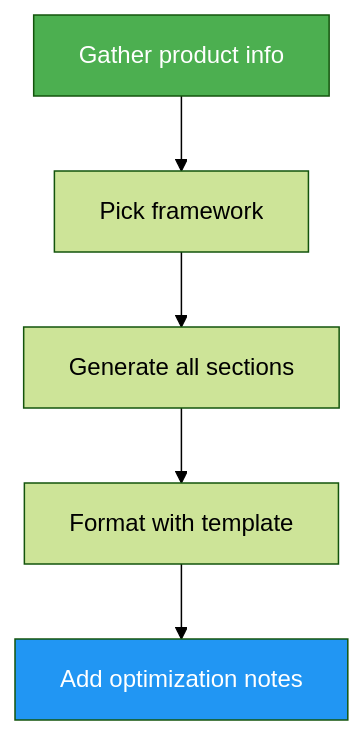
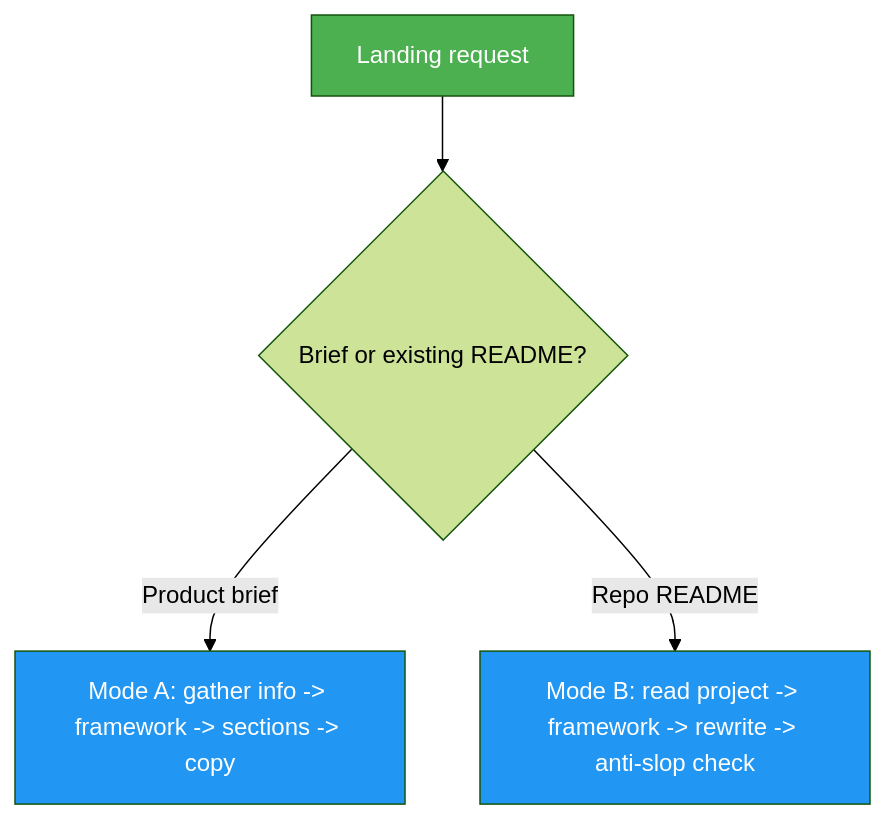
Before and after one commit to belinwu/luongnv89-skills: the diagram in skills/landing-page-generator/docs/README.md, drawn with Mermaid (forest theme). The commit also changed other lines of this file and 57 other files, not shown here.

````diff
--- a/skills/landing-page-generator/docs/README.md
+++ b/skills/landing-page-generator/docs/README.md
@@ -32,9 +35,9 @@
 ```mermaid
 graph TD
-    A["Gather product info"] --> B["Pick framework"]
-    B --> C["Generate all sections"]
-    C --> D["Format with template"]
-    D --> E["Add optimization notes"]
+    A["Landing request"] --> M{"Brief or existing README?"}
+    M -->|Product brief| B["Mode A: gather info -> framework -> sections -> copy"]
+    M -->|Repo README| C["Mode B: read project -> framework -> rewrite -> anti-slop check"]
     style A fill:#4CAF50,color:#fff
-    style E fill:#2196F3,color:#fff
+    style B fill:#2196F3,color:#fff
+    style C fill:#2196F3,color:#fff
 ```
````
